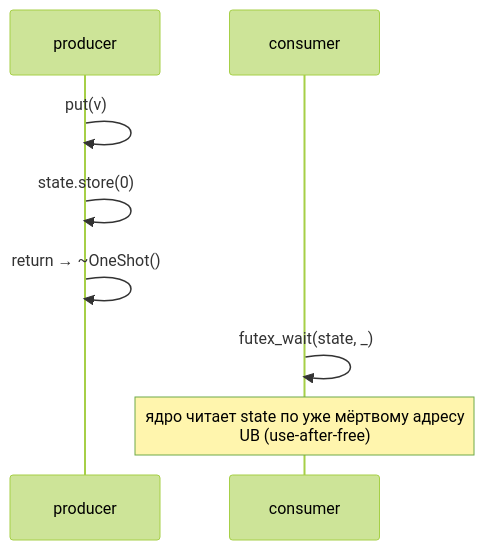
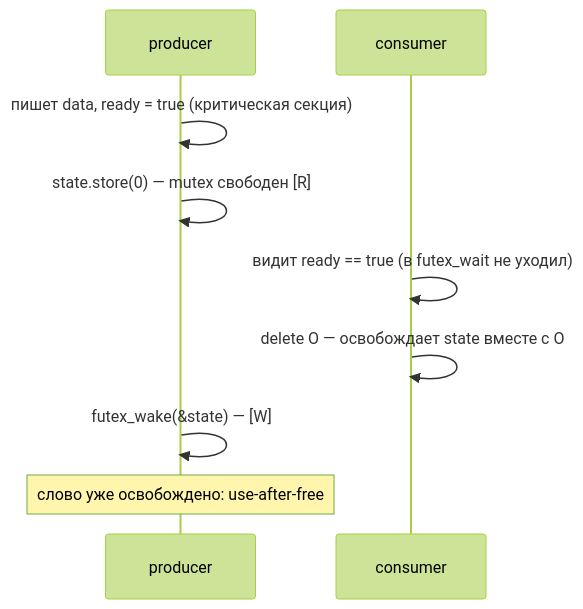
The first of 3 diagrams in sections/concurrency/thread_synchronization.md (MrEndor/caos), drawn with Mermaid (forest theme) before and after one commit. The commit also changed other lines of this file and 15 other files, not shown here.

````diff
--- a/sections/concurrency/thread_synchronization.md
+++ b/sections/concurrency/thread_synchronization.md
@@ -267,10 +329,11 @@
 ```mermaid
 sequenceDiagram
     participant P as producer
     participant C as consumer
-    P->>P: put(v)
-    P->>P: state.store(0)
-    P->>P: return → ~OneShot()
-    C->>C: futex_wait(state, _)
-    Note over C: ядро читает state по уже мёртвому адресу<br/>UB (use-after-free)
+    P->>P: пишет data, ready = true (критическая секция)
+    P->>P: state.store(0) — mutex свободен [R]
+    C->>C: видит ready == true (в futex_wait не уходил)
+    C->>C: delete O — освобождает state вместе с O
+    P->>P: futex_wake(&state) — [W]
+    Note over P: слово уже освобождено: use-after-free
 ```
````
